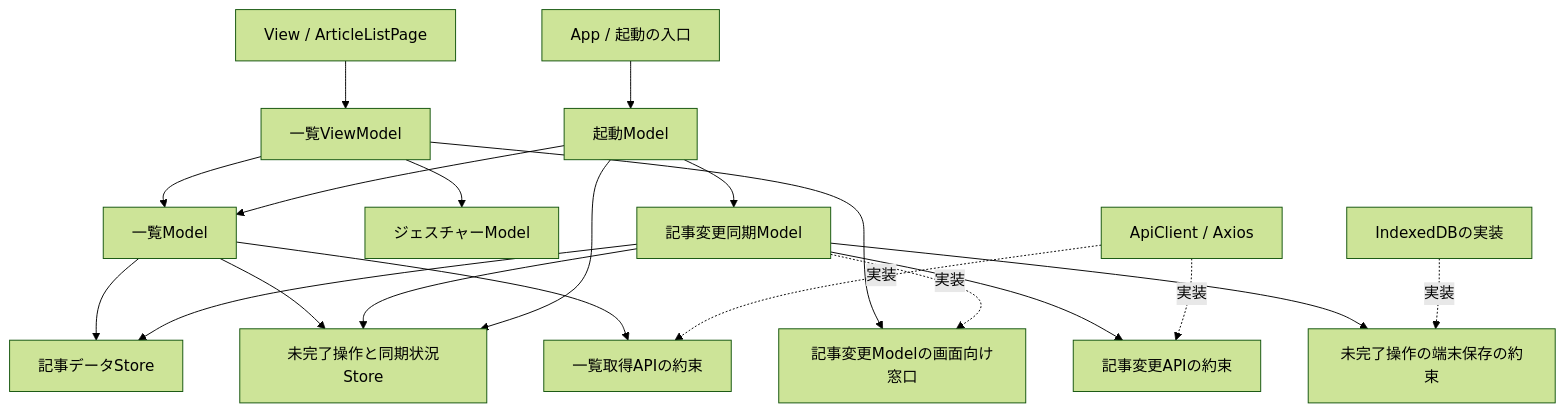
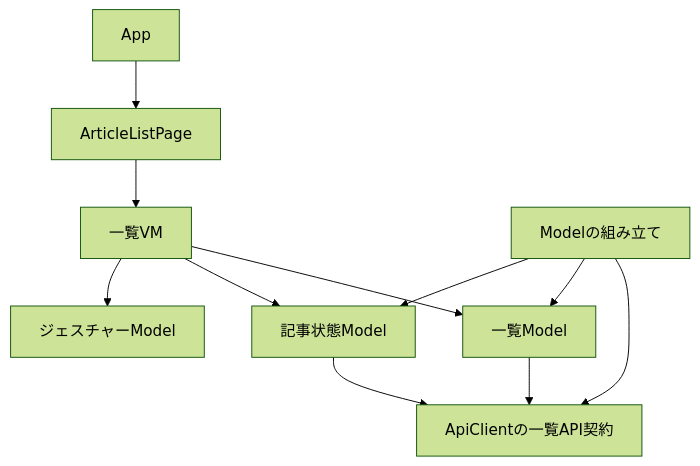
The first of 4 diagrams in docs/frontend-architecture.md (BeppuKanato/it-discovery), drawn with Mermaid (forest theme) before and after one commit. The commit also changed other lines of this file and 9 other files, not shown here.

````diff
--- a/docs/frontend-architecture.md
+++ b/docs/frontend-architecture.md
@@ -26,22 +25,13 @@
 ```mermaid
 flowchart TB
-  Page[View / ArticleListPage] --> VM[一覧ViewModel]
+  App[App] --> Page[ArticleListPage]
+  Page --> VM[一覧VM]
   VM --> List[一覧Model]
-  VM --> Actions[記事変更Modelの画面向け窓口]
+  VM --> State[記事状態Model]
   VM --> Gesture[ジェスチャーModel]
-  Sync[記事変更同期Model] -. 実装 .-> Actions
-  List --> Data[記事データStore]
-  List --> Changes[未完了操作と同期状況Store]
-  List --> ListAPI[一覧取得APIの約束]
-  Sync --> Data
-  Sync --> Changes
-  Sync --> ChangeAPI[記事変更APIの約束]
-  Sync --> Local[未完了操作の端末保存の約束]
-  App[App / 起動の入口] --> Startup[起動Model]
-  Startup --> Sync
-  Startup --> Changes
-  Startup --> List
-  Client[ApiClient / Axios] -. 実装 .-> ListAPI
-  Client -. 実装 .-> ChangeAPI
-  Indexed[IndexedDBの実装] -. 実装 .-> Local
+  List --> API[ApiClientの一覧API契約]
+  State --> API
+  Factory[Modelの組み立て] --> API
+  Factory --> List
+  Factory --> State
 ```
````
